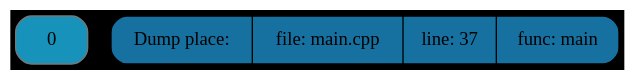
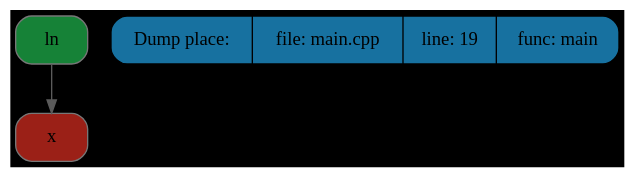
The diagram in tree.dot (Maksim-Sebelev/Differentiator), drawn with Graphviz before and after one commit. The commit also changed 16 other files, not shown here.

```diff
--- a/tree.dot
+++ b/tree.dot
@@ -1,7 +1,9 @@
 digraph G{
 rankdir=TB
 graph [bgcolor="#000000"];
-node0x504000000090[shape=Mrecord, style=filled, fillcolor="#1692bb"label ="0", color = "#777777"];
+node0x504000000050[shape=Mrecord, style=filled, fillcolor="#168237"label ="ln", color = "#777777"];
+node0x504000000010[shape=Mrecord, style=filled, fillcolor="#9b2017"label ="x", color = "#777777"];
 edge[color="#5b5b5b"];
-place[shape=Mrecord, style=filled, fillcolor="#1771a0",label  = "Dump place:| file: main.cpp |<f0> line: 37 |<f1> func: main", color = "#000000"];
+node0x504000000050->node0x504000000010;
+place[shape=Mrecord, style=filled, fillcolor="#1771a0",label  = "Dump place:| file: main.cpp |<f0> line: 19 |<f1> func: main", color = "#000000"];
 }
```
